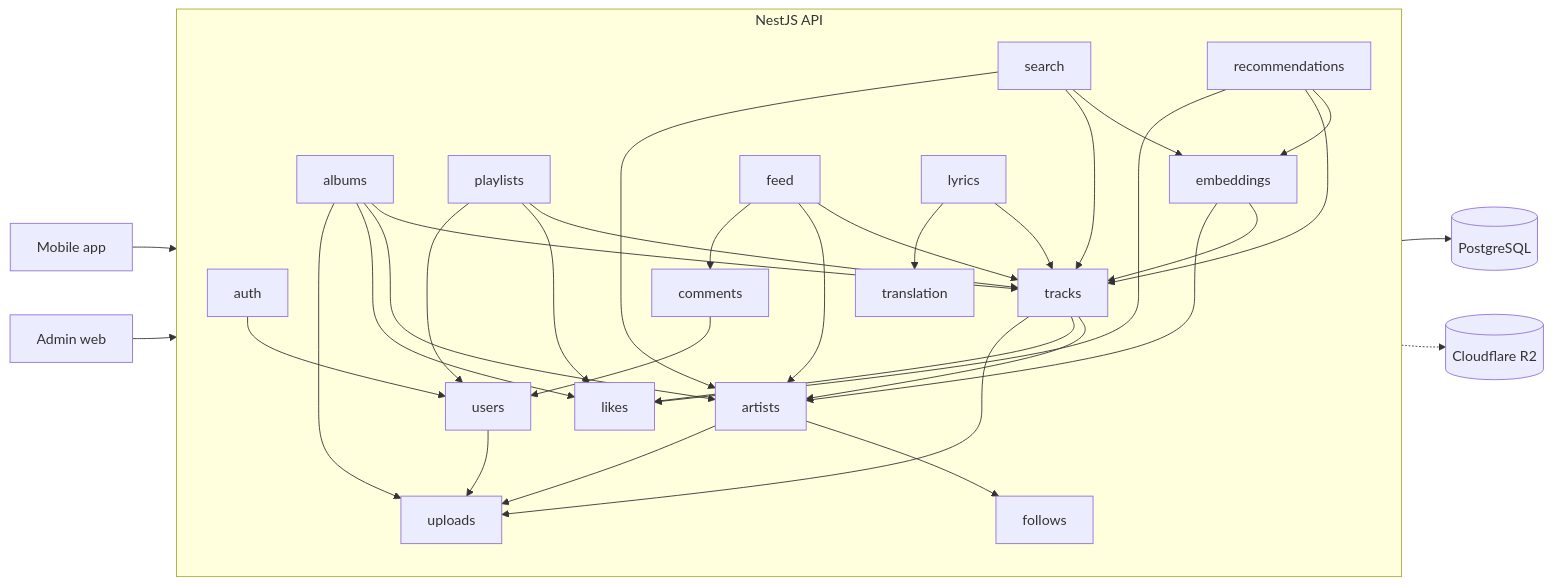
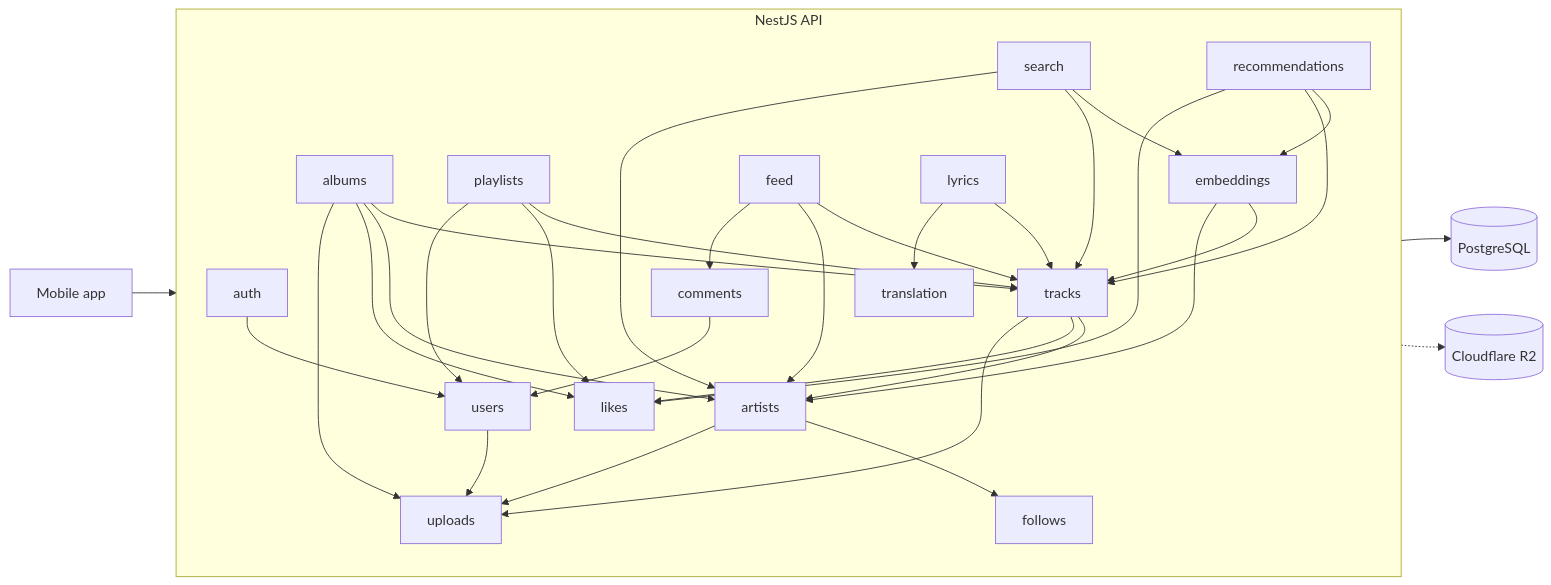
Before and after one commit to vinhmai2109551/music-stream-app: the first of 4 diagrams in README.md, drawn with Mermaid. The commit also changed other lines of this file, not shown here.

Commit message:
docs(readme): document search by meaning, the AI assistant, languages and lyrics with architecture diagrams [SAM1-13]

````diff
--- a/README.md
+++ b/README.md
@@ -195,38 +199,37 @@
 ```mermaid
 flowchart LR
   Mobile[Mobile app] --> API
-  Admin[Admin web] --> API
   subgraph API[NestJS API]
     direction TB
     auth --> users
     artists --> follows
     artists --> uploads
     tracks --> artists
     tracks --> likes
     tracks --> uploads
     albums --> tracks
     albums --> artists
     albums --> likes
     albums --> uploads
     playlists --> tracks
     playlists --> likes
     playlists --> users
     comments --> users
     users --> uploads
     embeddings --> tracks
     embeddings --> artists
     search --> embeddings
     search --> tracks
     search --> artists
     recommendations --> embeddings
     recommendations --> tracks
     recommendations --> likes
     feed --> tracks
     feed --> artists
     feed --> comments
     lyrics --> tracks
     lyrics --> translation
   end
   API --> DB[(PostgreSQL)]
   API -.-> R2[(Cloudflare R2)]
 ```
````
